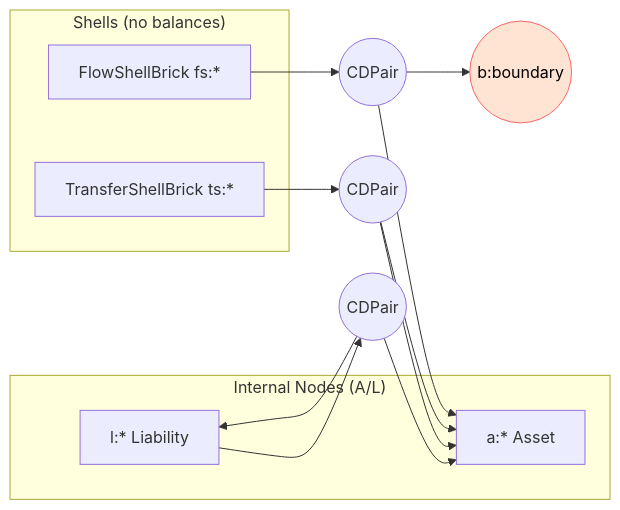
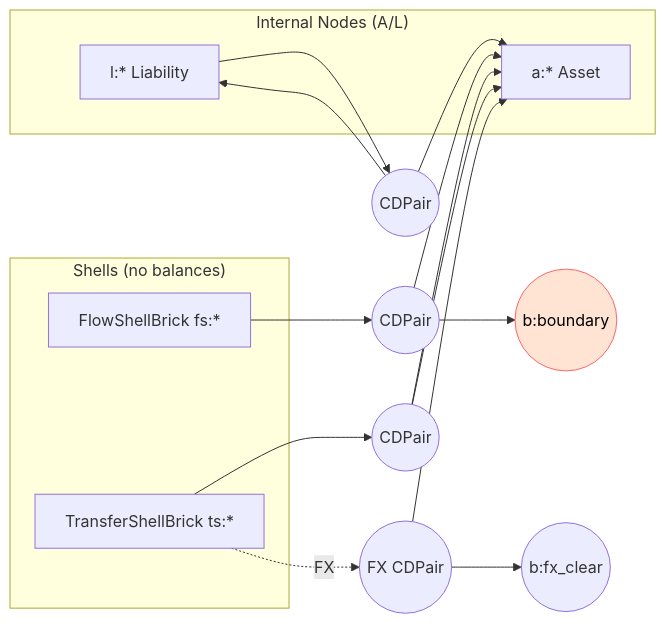
Before and after one commit to didac-crst/finbricklab: the first of 4 diagrams in docs/POSTINGS_MODEL_AND_BRICK_TYPES.md, drawn with Mermaid. The commit also changed other lines of this file and 41 other files, not shown here.

````diff
--- a/docs/POSTINGS_MODEL_AND_BRICK_TYPES.md
+++ b/docs/POSTINGS_MODEL_AND_BRICK_TYPES.md
@@ -16,28 +16,32 @@
 ```mermaid
 graph LR
   subgraph "Shells (no balances)"
     FS[FlowShellBrick fs:*]
     TS[TransferShellBrick ts:*]
   end
 
   subgraph "Internal Nodes (A/L)"
     A[a:* Asset]
     L[l:* Liability]
   end
 
   B((b:boundary))
+  FX((b:fx_clear))
 
   FS --> CP1
   TS --> CP2
-  L  --> CP3
+  TS -.FX.-> CP3
+  L  --> CP4
 
   CP1((CDPair)) --> A
   CP1 --> B
   CP2((CDPair)) --> A
   CP2 --> A
-  CP3((CDPair)) --> A
-  CP3 --> L
+  CP3((FX CDPair)) --> A
+  CP3 --> FX
+  CP4((CDPair)) --> A
+  CP4 --> L
 
   classDef boundary fill:#ffe3d3,stroke:#f66,color:#000;
   class B boundary;
 ```
````
